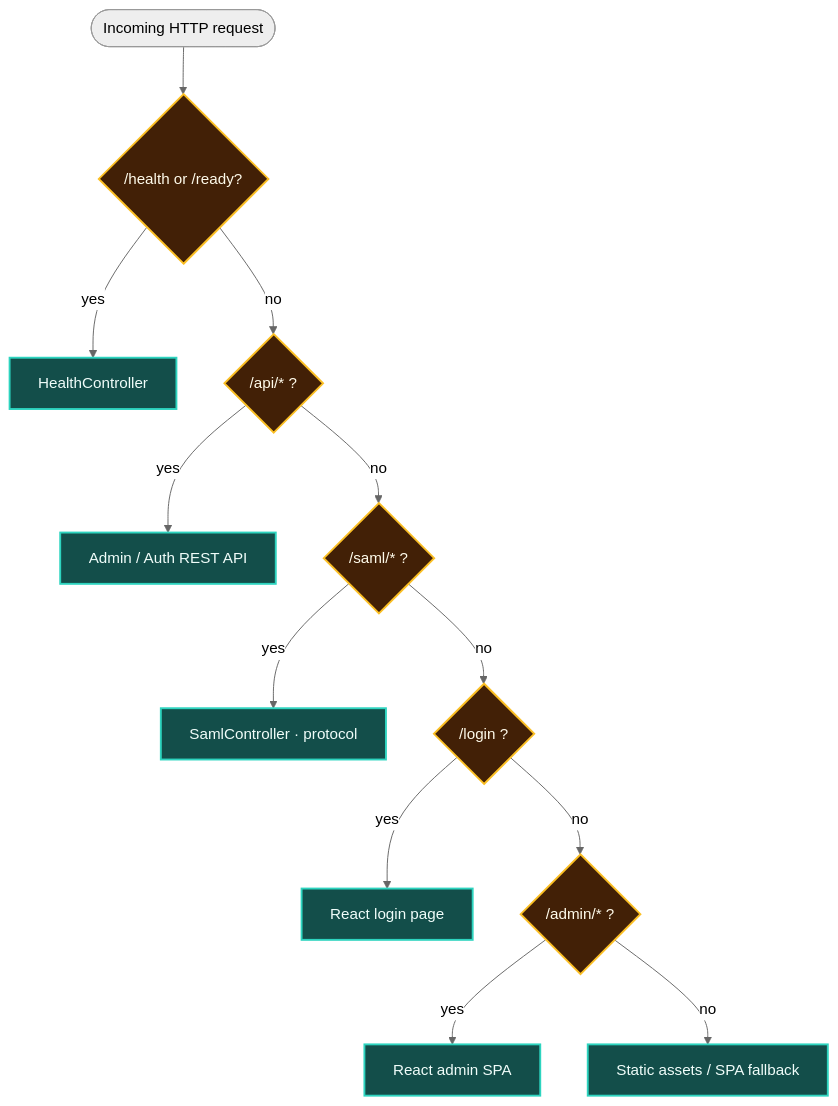
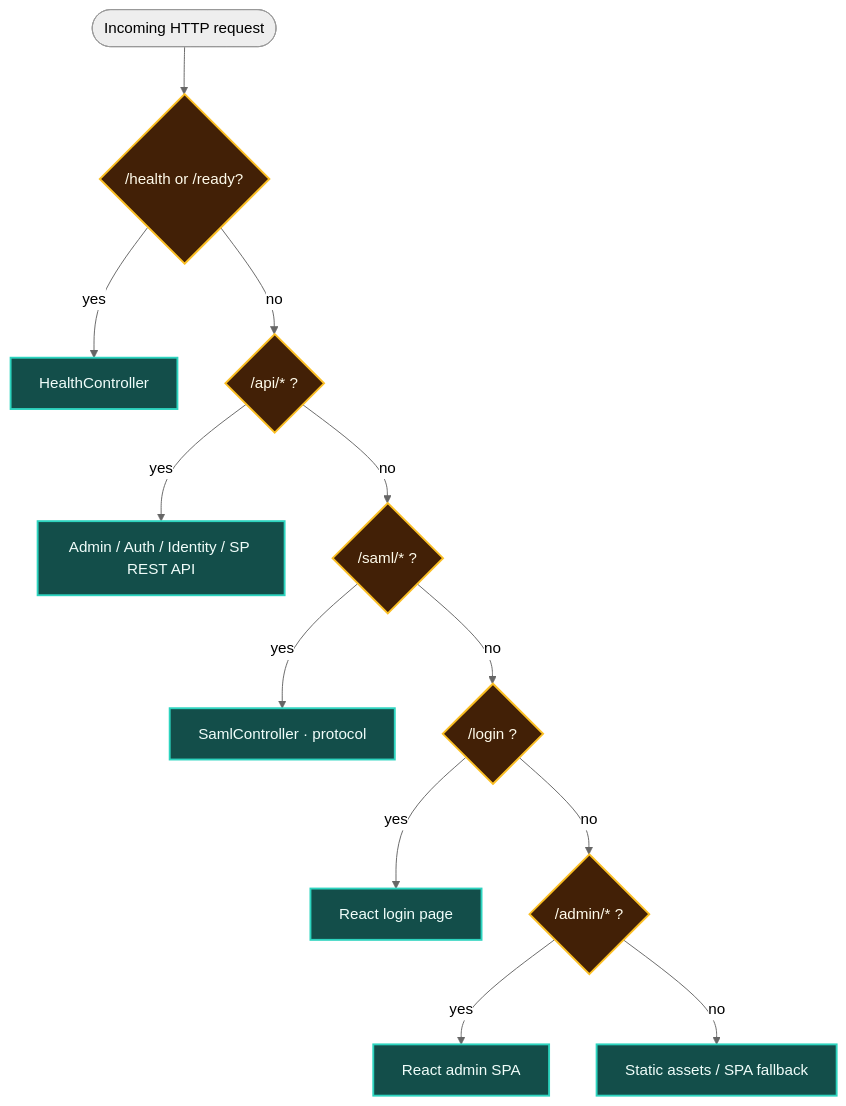
One commit to 01laky/NestIdP changed the diagram in docs/img/routing.mmd. Above: the diagram before and after it, drawn with Mermaid (neutral theme). The commit also changed 85 other files, not shown here.

First line of the commit message:
feat(admin): ship v0.8.0 admin console, SP CRUD, and identity browse API

```diff
--- a/docs/img/routing.mmd
+++ b/docs/img/routing.mmd
@@ -1,20 +1,20 @@
 flowchart TB
 	REQ(["Incoming HTTP request"])
 
 	REQ --> HEALTH{"/health or /ready?"}
 	HEALTH -->|yes| HEALTH_API["HealthController"]
 	HEALTH -->|no| API{"/api/* ?"}
-	API -->|yes| REST["Admin / Auth REST API"]
+	API -->|yes| REST["Admin / Auth / Identity / SP REST API"]
 	API -->|no| SAML{"/saml/* ?"}
 	SAML -->|yes| SAML_API["SamlController · protocol"]
 	SAML -->|no| LOGIN{"/login ?"}
 	LOGIN -->|yes| SPA_LOGIN["React login page"]
 	LOGIN -->|no| ADMIN{"/admin/* ?"}
 	ADMIN -->|yes| SPA_ADMIN["React admin SPA"]
 	ADMIN -->|no| STATIC["Static assets / SPA fallback"]
 
 	classDef gate fill:#422006,stroke:#fbbf24,stroke-width:2px,color:#fffbeb
 	classDef handler fill:#134e4a,stroke:#2dd4bf,stroke-width:2px,color:#f0fdfa
 
 	class HEALTH,API,SAML,LOGIN,ADMIN gate
 	class HEALTH_API,REST,SAML_API,SPA_LOGIN,SPA_ADMIN,STATIC handler
```
